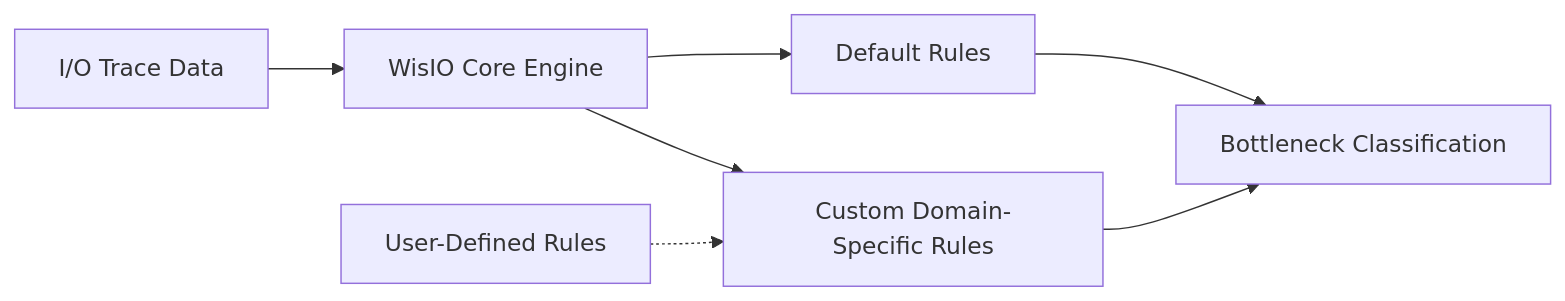
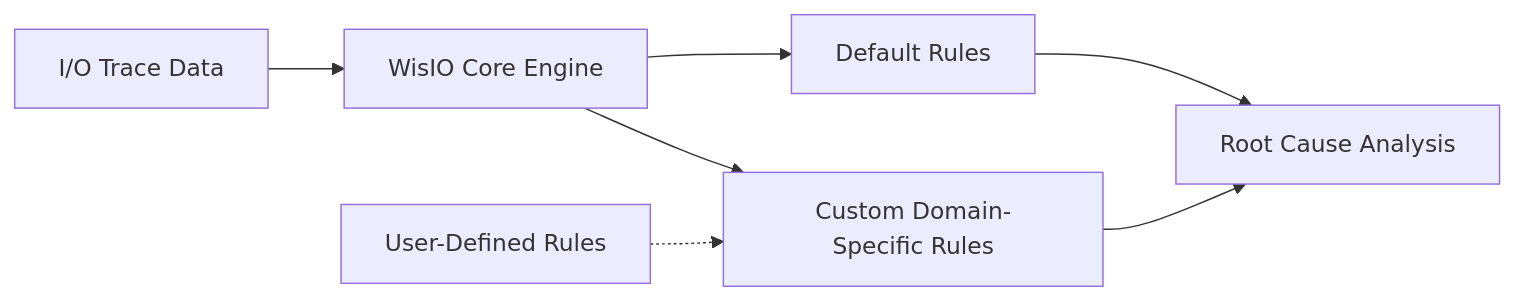
The second of 2 diagrams in src/pages/research/projects/wisio.mdx (grc-iit/grc-iit.github.io), drawn with Mermaid before and after one commit. The commit also changed other lines of this file and 1 other file, not shown here.

````diff
--- a/src/pages/research/projects/wisio.mdx
+++ b/src/pages/research/projects/wisio.mdx
@@ -152,9 +153,9 @@
 ```mermaid
 flowchart LR
     A[I/O Trace Data] --> B[WisIO Core Engine]
     B --> C[Default Rules]
     B --> D[Custom Domain-Specific Rules]
-    C --> E[Bottleneck Classification]
+    C --> E[Root Cause Analysis]
     D --> E
     F[User-Defined Rules] -.-> D
 ```
````
